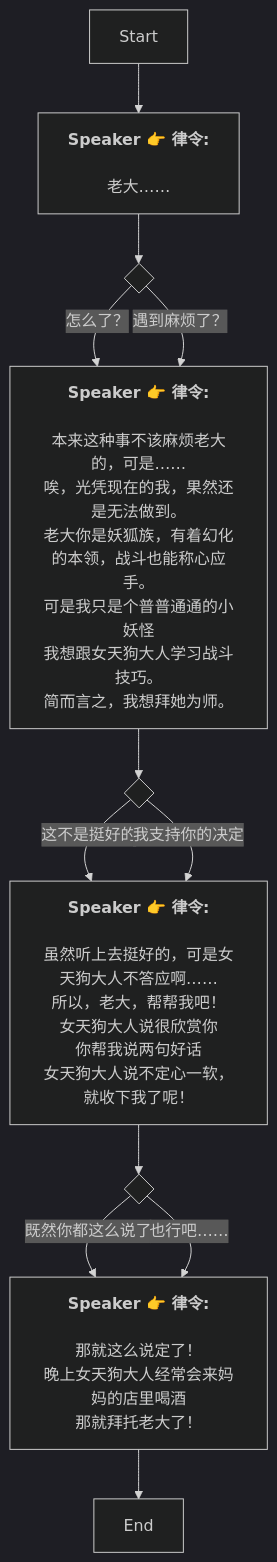
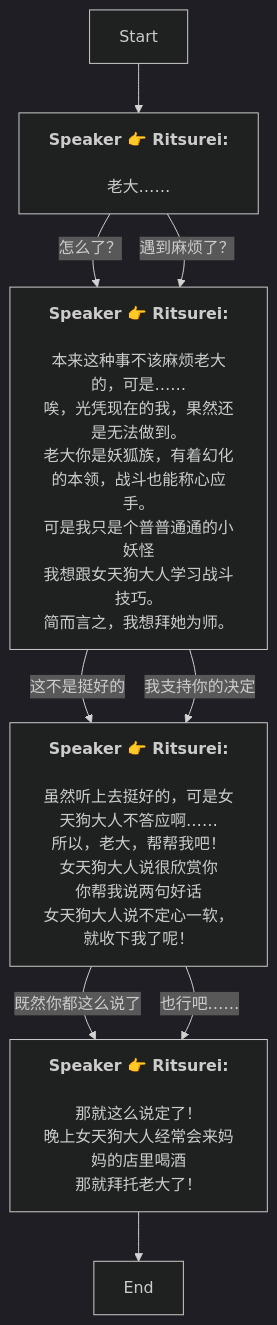
The diagram in Zh/QuestStartTalkENode_1758363700560510.md (SoftHu/tos_avg), drawn with Mermaid (dark theme) before and after one commit. The commit also changed 737 other files, not shown here.

````diff
--- a/Zh/QuestStartTalkENode_1758363700560510.md
+++ b/Zh/QuestStartTalkENode_1758363700560510.md
@@ -1,51 +1,35 @@
 ```mermaid
 graph
-Start -->1758364019714689[<b>Speaker 👉 律令:</b>
-
-老大……]
-1758364019714689 -->1758364307259010{ }
-1758364307259010 -->|怎么了？|1758364630048391[<b>Speaker 👉 律令:</b>
-
-本来这种事不该麻烦老大的，可是……
-唉，光凭现在的我，果然还是无法做到。
-老大你是妖狐族，有着幻化的本领，战斗也能称心应手。
+Start -->1758364019714689[<b>Speaker 👉 Ritsurei:</b>
+\n老大……]
+1758364019714689 -->|怎么了？|1758364630048391[<b>Speaker 👉 Ritsurei:</b>
+\n本来这种事不该麻烦老大的，可是……
+唉，光凭现在的我，果然还是无法做到。\n老大你是妖狐族，有着幻化的本领，战斗也能称心应手。
 可是我只是个普普通通的小妖怪
-我想跟女天狗大人学习战斗技巧。
-简而言之，我想拜她为师。]
-1758364307259010 -->|遇到麻烦了？|1758364630048391[<b>Speaker 👉 律令:</b>
-
-本来这种事不该麻烦老大的，可是……
-唉，光凭现在的我，果然还是无法做到。
-老大你是妖狐族，有着幻化的本领，战斗也能称心应手。
+我想跟女天狗大人学习战斗技巧。\n简而言之，我想拜她为师。]
+1758364019714689 -->|遇到麻烦了？|1758364630048391[<b>Speaker 👉 Ritsurei:</b>
+\n本来这种事不该麻烦老大的，可是……
+唉，光凭现在的我，果然还是无法做到。\n老大你是妖狐族，有着幻化的本领，战斗也能称心应手。
 可是我只是个普普通通的小妖怪
-我想跟女天狗大人学习战斗技巧。
-简而言之，我想拜她为师。]
-1758364630048391 -->1758364726633096{ }
-1758364726633096 -->|这不是挺好的|1758365048720013[<b>Speaker 👉 律令:</b>
-
-虽然听上去挺好的，可是女天狗大人不答应啊……
-所以，老大，帮帮我吧！
-女天狗大人说很欣赏你
+我想跟女天狗大人学习战斗技巧。\n简而言之，我想拜她为师。]
+1758364630048391 -->|这不是挺好的|1758365048720013[<b>Speaker 👉 Ritsurei:</b>
+\n虽然听上去挺好的，可是女天狗大人不答应啊……
+所以，老大，帮帮我吧！\n女天狗大人说很欣赏你
 你帮我说两句好话
 女天狗大人说不定心一软，就收下我了呢！]
-1758364726633096 -->|我支持你的决定|1758365048720013[<b>Speaker 👉 律令:</b>
-
-虽然听上去挺好的，可是女天狗大人不答应啊……
-所以，老大，帮帮我吧！
-女天狗大人说很欣赏你
+1758364630048391 -->|我支持你的决定|1758365048720013[<b>Speaker 👉 Ritsurei:</b>
+\n虽然听上去挺好的，可是女天狗大人不答应啊……
+所以，老大，帮帮我吧！\n女天狗大人说很欣赏你
 你帮我说两句好话
 女天狗大人说不定心一软，就收下我了呢！]
-1758365048720013 -->1758365370458766{ }
-1758365370458766 -->|既然你都这么说了|1758365455139475[<b>Speaker 👉 律令:</b>
-
-那就这么说定了！
+1758365048720013 -->|既然你都这么说了|1758365455139475[<b>Speaker 👉 Ritsurei:</b>
+\n那就这么说定了！
 晚上女天狗大人经常会来妈妈的店里喝酒
 那就拜托老大了！]
-1758365370458766 -->|也行吧……|1758365455139475[<b>Speaker 👉 律令:</b>
-
-那就这么说定了！
+1758365048720013 -->|也行吧……|1758365455139475[<b>Speaker 👉 Ritsurei:</b>
+\n那就这么说定了！
 晚上女天狗大人经常会来妈妈的店里喝酒
 那就拜托老大了！]
 1758365455139475 -->1758365496731284[End]
 
- ```
+```
````
